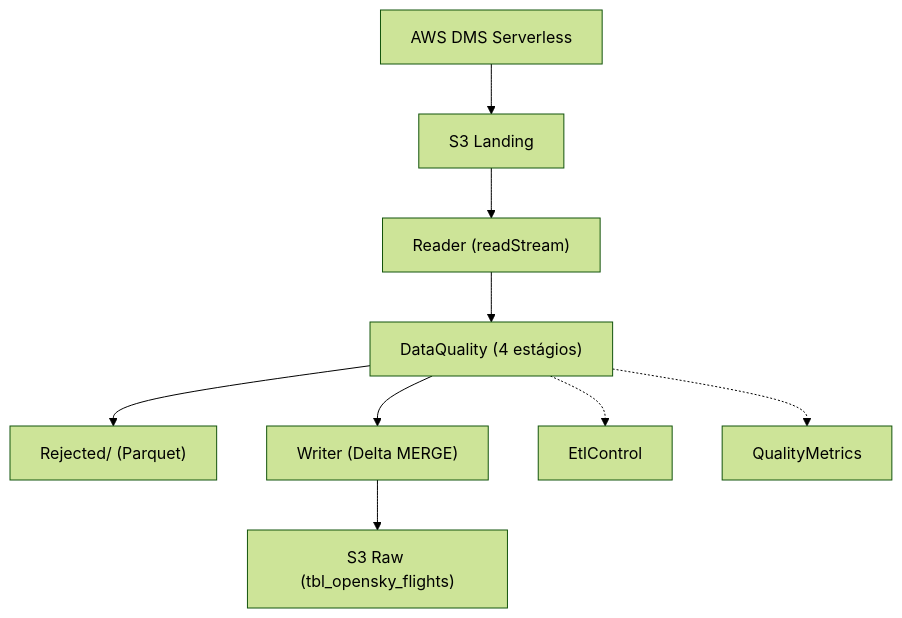
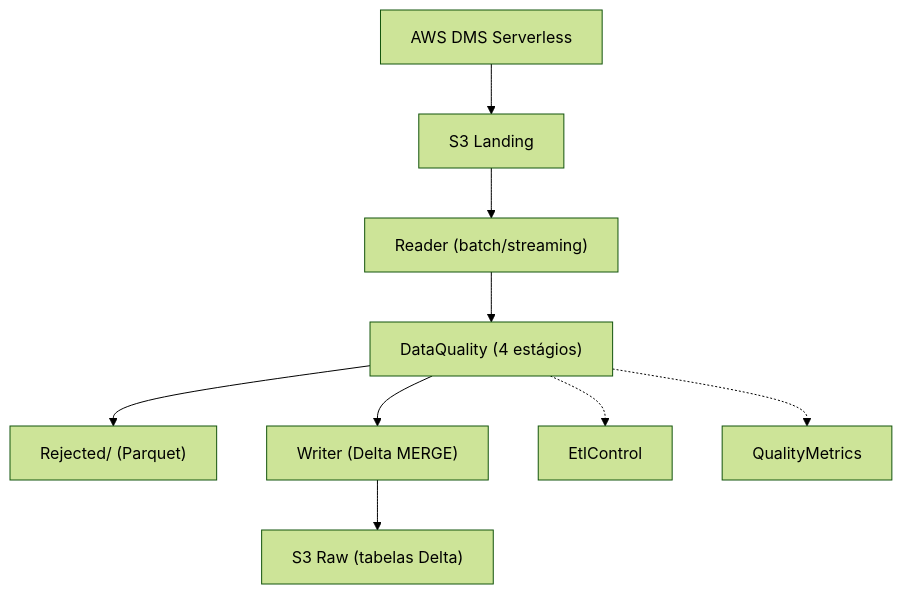
Before and after one commit to jamilvilela/aws-streaming-flight-radar-glue: the diagram in docs-sdd/prd.md, drawn with Mermaid (forest theme). The commit also changed other lines of this file and 27 other files, not shown here.

````diff
--- a/docs-sdd/prd.md
+++ b/docs-sdd/prd.md
@@ -116,21 +114,21 @@
 ```mermaid
 flowchart TD
     DMS["AWS DMS Serverless"]
     LAND["S3 Landing"]
-    READER["Reader (readStream)"]
+    READER["Reader (batch/streaming)"]
     DQ["DataQuality (4 estágios)"]
     REJ["Rejected/ (Parquet)"]
     WRITER["Writer (Delta MERGE)"]
-    RAW["S3 Raw (tbl_opensky_flights)"]
+    RAW["S3 Raw (tabelas Delta)"]
     ETL["EtlControl"]
     QM["QualityMetrics"]
 
     DMS --> LAND
     LAND --> READER
     READER --> DQ
     DQ --> REJ
     DQ --> WRITER
     WRITER --> RAW
     DQ -.-> ETL
     DQ -.-> QM
 ```
````
